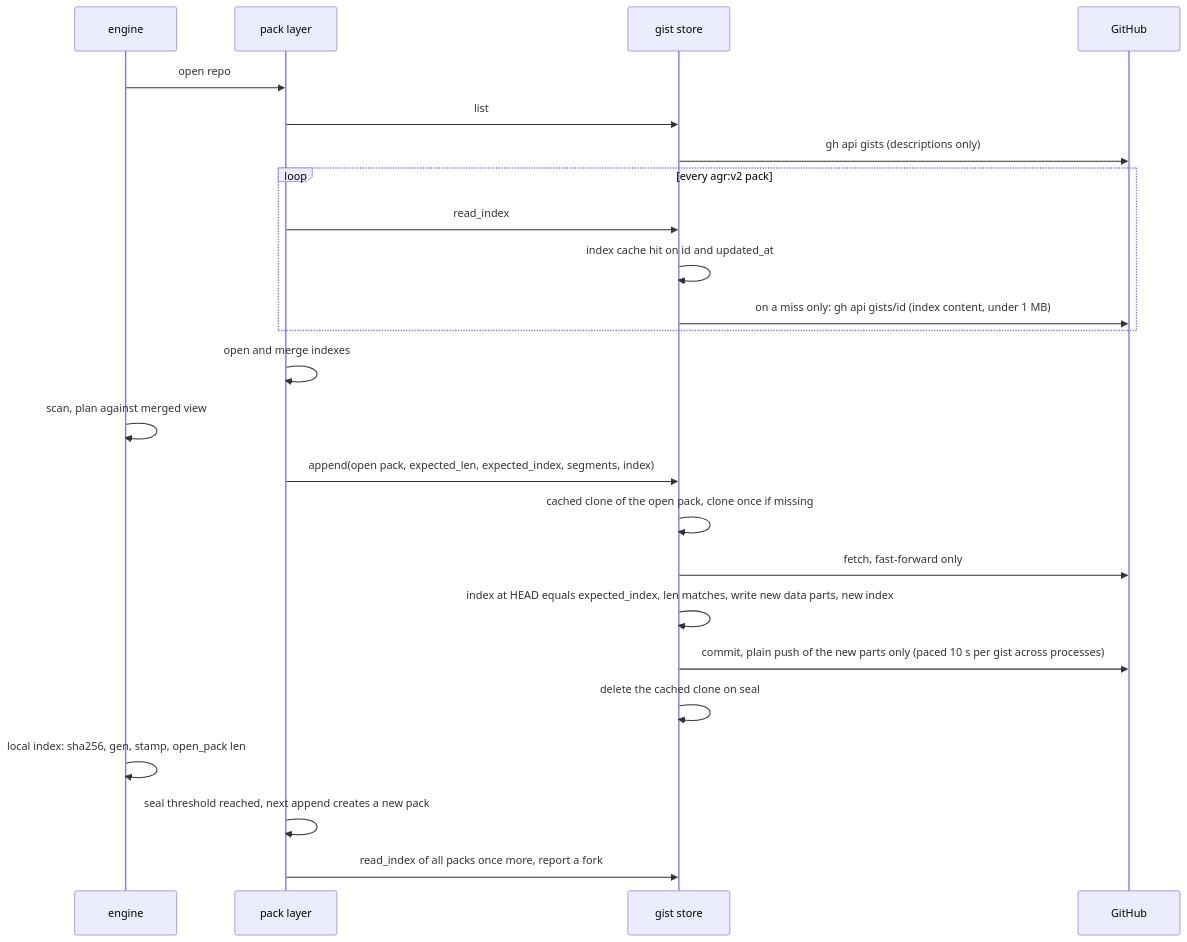
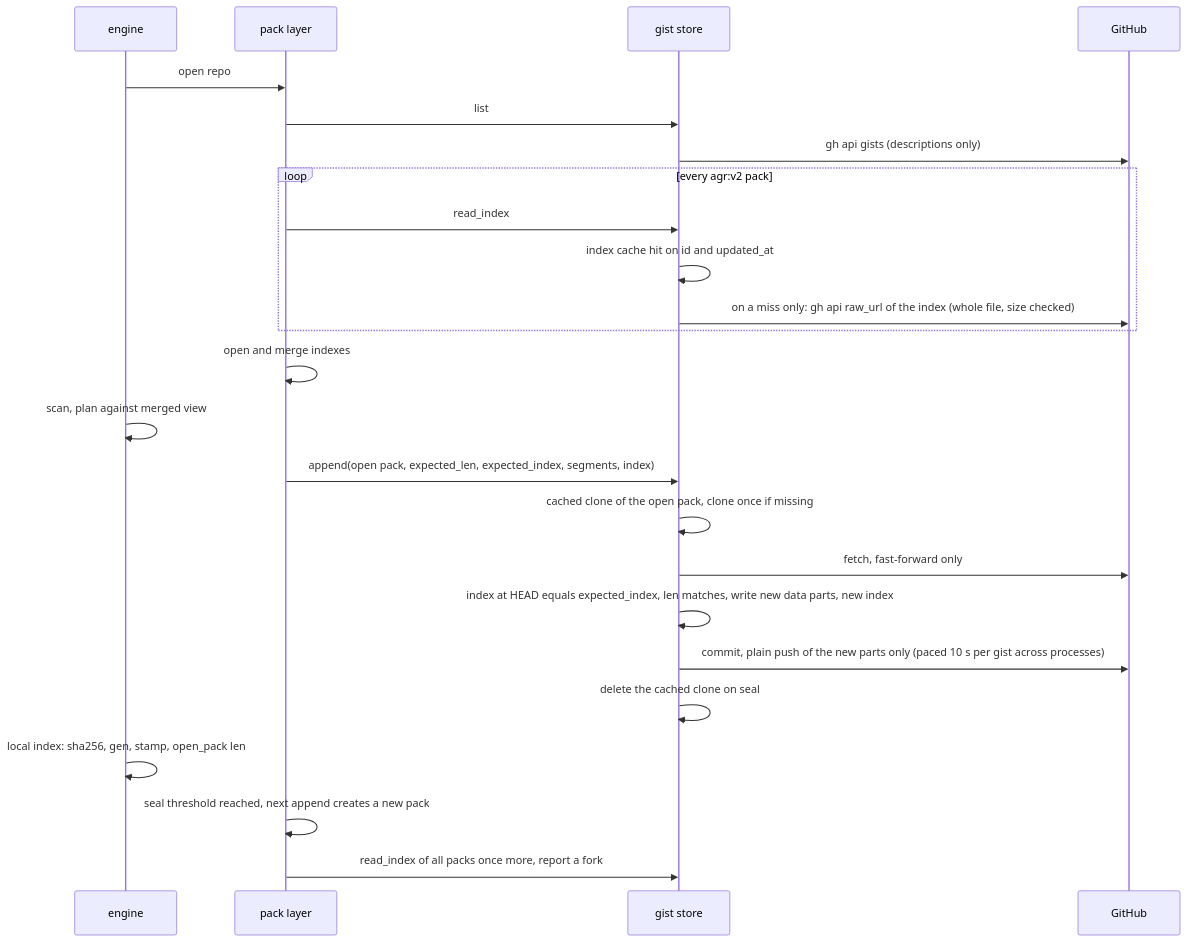
Before and after one commit to thiscantbeserious/agent-session-recorder: the tenth of 11 diagrams in .state/feature-sync-gist/ADR.md, drawn with Mermaid. The commit also changed other lines of this file and 1 other file, not shown here.

Commit message:
docs(docs): index is read over raw_url, record the 2026-11-10 live result

````diff
--- a/.state/feature-sync-gist/ADR.md
+++ b/.state/feature-sync-gist/ADR.md
@@ -1498,26 +1498,26 @@
 ```mermaid
 sequenceDiagram
     participant E as engine
     participant P as pack layer
     participant S as gist store
     participant G as GitHub
     E->>P: open repo
     P->>S: list
     S->>G: gh api gists (descriptions only)
     loop every agr:v2 pack
         P->>S: read_index
         S->>S: index cache hit on id and updated_at
-        S->>G: on a miss only: gh api gists/id (index content, under 1 MB)
+        S->>G: on a miss only: gh api raw_url of the index (whole file, size checked)
     end
     P->>P: open and merge indexes
     E->>E: scan, plan against merged view
     P->>S: append(open pack, expected_len, expected_index, segments, index)
     S->>S: cached clone of the open pack, clone once if missing
     S->>G: fetch, fast-forward only
     S->>S: index at HEAD equals expected_index, len matches, write new data parts, new index
     S->>G: commit, plain push of the new parts only (paced 10 s per gist across processes)
     S->>S: delete the cached clone on seal
     E->>E: local index: sha256, gen, stamp, open_pack len
     P->>P: seal threshold reached, next append creates a new pack
     P->>S: read_index of all packs once more, report a fork
 ```
````
